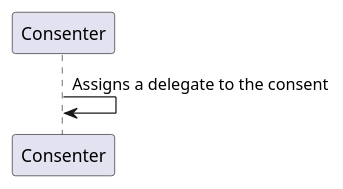
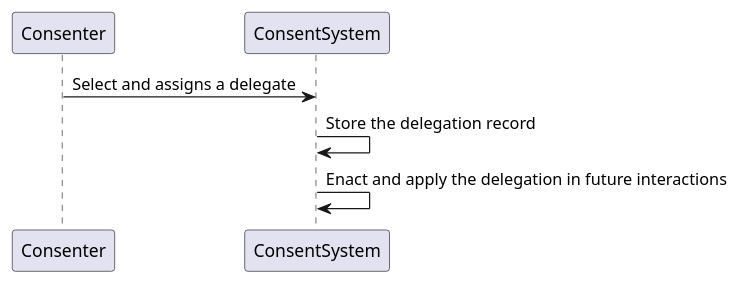
Before and after one commit to HL7/fhir-consent-management: the diagram in input/images-source/delegate-consent-sequence.plantuml, drawn with PlantUML. The commit also changed 6 other files, not shown here.

Commit message:
update to sequence diagrams to add more accuracy

```diff
--- a/input/images-source/delegate-consent-sequence.plantuml
+++ b/input/images-source/delegate-consent-sequence.plantuml
@@ -1,3 +1,5 @@
 @startuml
-Consenter -> Consenter: Assigns a delegate to the consent
+Consenter -> ConsentSystem: Select and assigns a delegate 
+ConsentSystem -> ConsentSystem: Store the delegation record 
+ConsentSystem -> ConsentSystem: Enact and apply the delegation in future interactions
 @enduml
```
